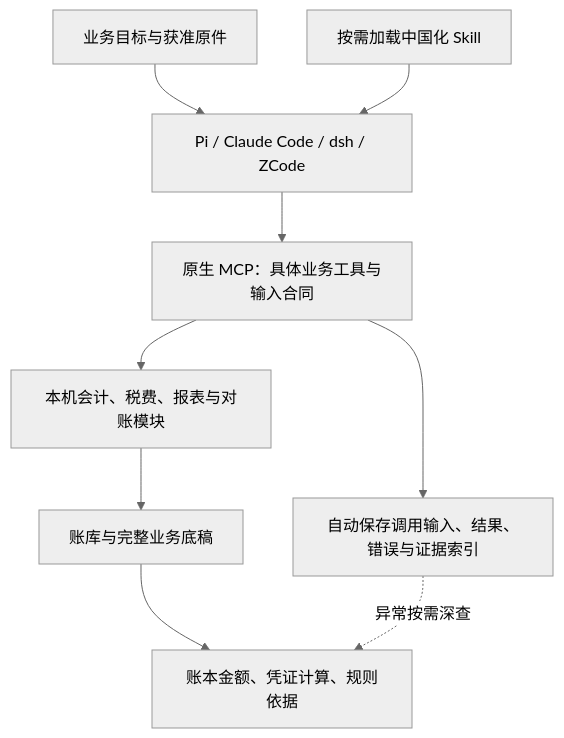
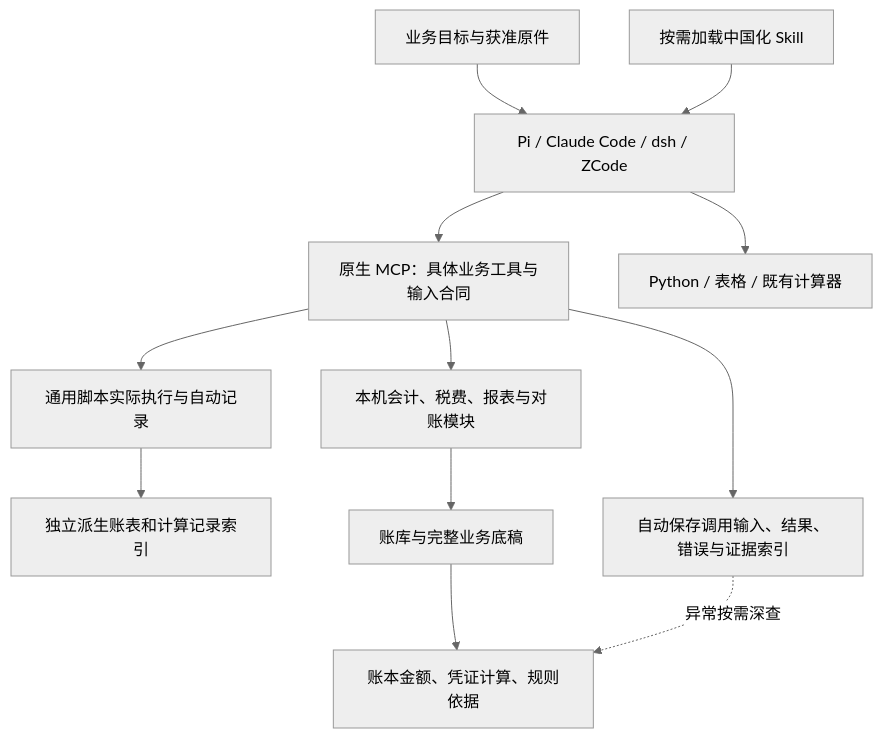
The diagram in docs/AGENT-ARCHITECTURE.md (huxiaoyang-code/taxes-agent), drawn with Mermaid (neutral theme) before and after one commit. The commit also changed other lines of this file and 24 other files, not shown here.

````diff
--- a/docs/AGENT-ARCHITECTURE.md
+++ b/docs/AGENT-ARCHITECTURE.md
@@ -7,11 +7,14 @@
 ```mermaid
 flowchart TD
   U[业务目标与获准原件] --> A[Pi / Claude Code / dsh / ZCode]
   S[按需加载中国化 Skill] --> A
   A --> M[原生 MCP：具体业务工具与输入合同]
+  A --> C[Python / 表格 / 既有计算器]
+  M --> G[通用脚本实际执行与自动记录]
+  G --> P[独立派生账表和计算记录索引]
   M --> B[本机会计、税费、报表与对账模块]
   B --> D[账库与完整业务底稿]
   M --> R[自动保存调用输入、结果、错误与证据索引]
   D --> V[账本金额、凭证计算、规则依据]
   R -.异常按需深查.-> V
 ```
````
